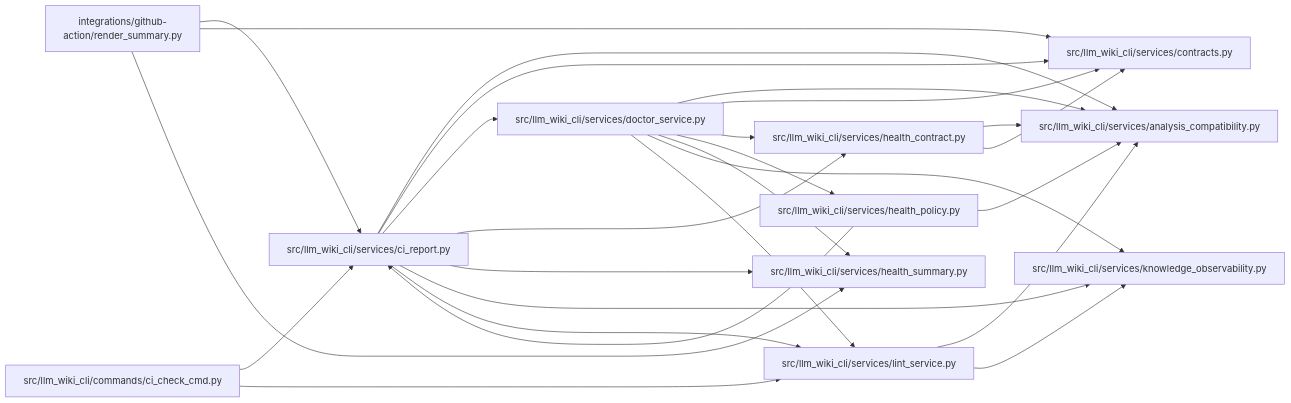
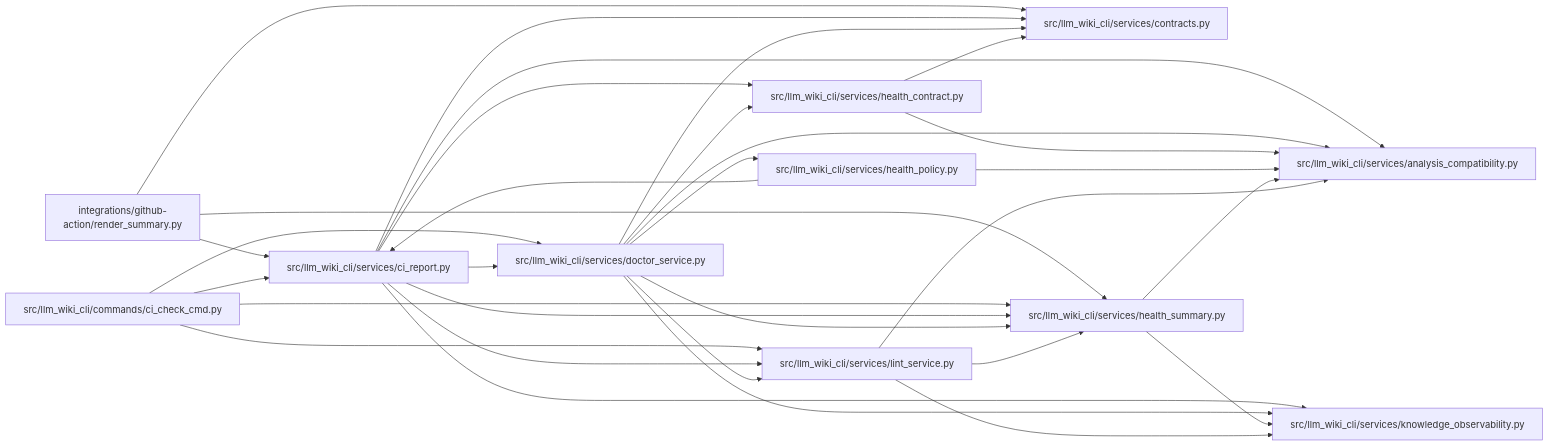
Before and after one commit to Denissvgn/python-wiki-llm: the diagram in docs/llm_wiki/modules/ci_report.md, drawn with Mermaid. The commit also changed other lines of this file and 581 other files, not shown here.

````diff
--- a/docs/llm_wiki/modules/ci_report.md
+++ b/docs/llm_wiki/modules/ci_report.md
@@ -44,50 +44,55 @@
 ```mermaid
 flowchart LR
     n0["integrations/github-action/render_summary.py"]
     n1["src/llm_wiki_cli/commands/ci_check_cmd.py"]
     n2["src/llm_wiki_cli/services/analysis_compatibility.py"]
     n3["src/llm_wiki_cli/services/ci_report.py"]
     n4["src/llm_wiki_cli/services/contracts.py"]
     n5["src/llm_wiki_cli/services/doctor_service.py"]
     n6["src/llm_wiki_cli/services/health_contract.py"]
     n7["src/llm_wiki_cli/services/health_policy.py"]
     n8["src/llm_wiki_cli/services/health_summary.py"]
     n9["src/llm_wiki_cli/services/knowledge_observability.py"]
     n10["src/llm_wiki_cli/services/lint_service.py"]
     n0 --> n3
     n0 --> n4
     n0 --> n8
     n1 --> n3
+    n1 --> n5
+    n1 --> n8
     n1 --> n10
     n3 --> n2
     n3 --> n4
     n3 --> n5
     n3 --> n6
     n3 --> n8
     n3 --> n9
     n3 --> n10
     n5 --> n2
     n5 --> n4
     n5 --> n6
     n5 --> n7
     n5 --> n8
     n5 --> n9
     n5 --> n10
     n6 --> n2
     n6 --> n4
     n7 --> n2
     n7 --> n3
+    n8 --> n2
+    n8 --> n9
     n10 --> n2
+    n10 --> n8
     n10 --> n9
     click n0 "../modules/render_summary.md"
     click n1 "../modules/ci_check_cmd.md"
     click n2 "../modules/analysis_compatibility.md"
     click n3 "../modules/ci_report.md"
     click n4 "../modules/services_contracts.md"
     click n5 "../modules/doctor_service.md"
     click n6 "../modules/health_contract.md"
     click n7 "../modules/health_policy.md"
     click n8 "../modules/health_summary.md"
     click n9 "../modules/knowledge_observability.md"
     click n10 "../modules/lint_service.md"
 ```
````
